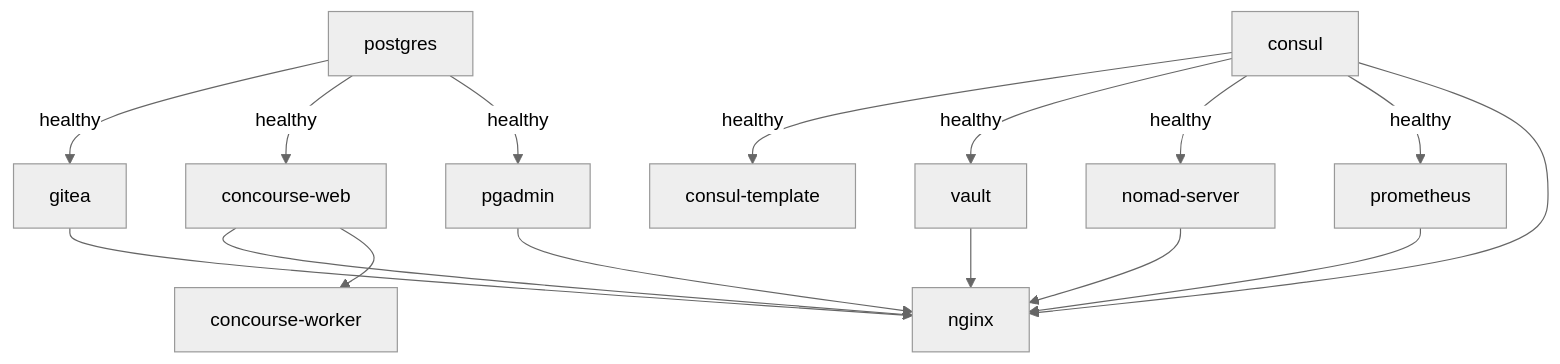
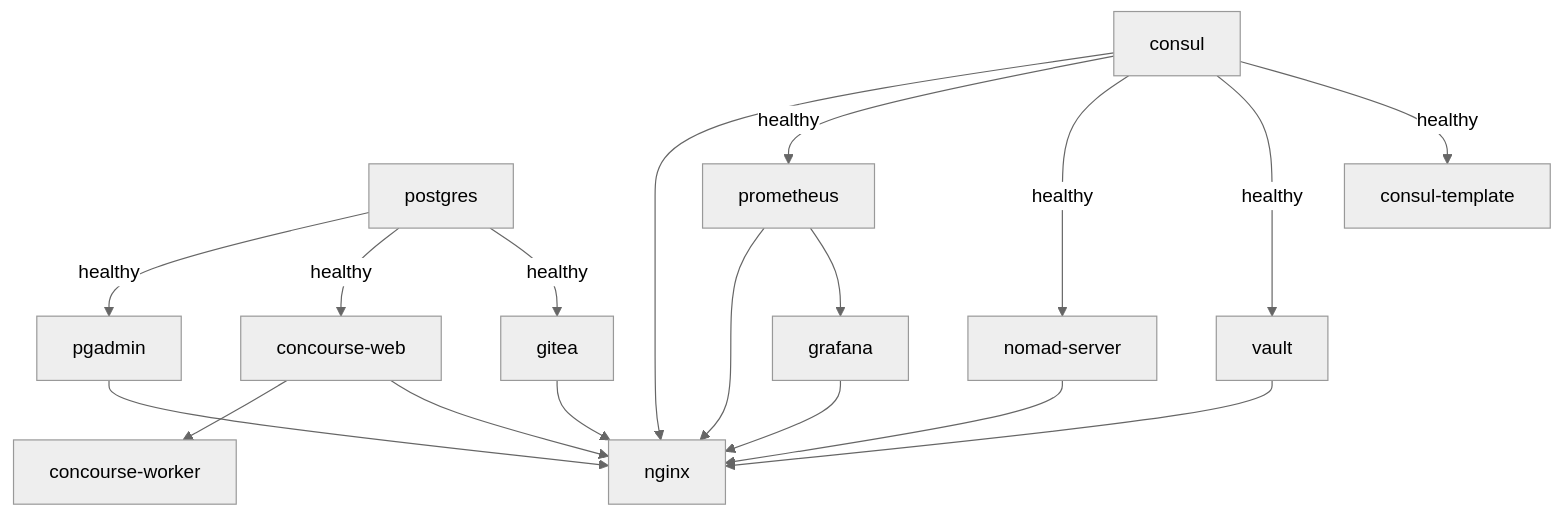
The third of 7 diagrams in docs/architecture.md (bryan-abrams/mini-cloud), drawn with Mermaid (neutral theme) before and after one commit. The commit also changed other lines of this file and 6 other files, not shown here.

````diff
--- a/docs/architecture.md
+++ b/docs/architecture.md
@@ -129,24 +135,27 @@
 ```mermaid
 flowchart TD
     postgres["postgres"]
     consul["consul"]
 
     postgres -->|healthy| gitea["gitea"]
     postgres -->|healthy| concourse_web["concourse-web"]
     postgres -->|healthy| pgadmin["pgadmin"]
 
     consul -->|healthy| consul_template["consul-template"]
     consul -->|healthy| vault["vault"]
     consul -->|healthy| nomad_server["nomad-server"]
     consul -->|healthy| prometheus["prometheus"]
 
+    prometheus --> grafana["grafana"]
+
     gitea --> nginx["nginx"]
     vault --> nginx
     concourse_web --> nginx
     pgadmin --> nginx
     consul --> nginx
     nomad_server --> nginx
     prometheus --> nginx
+    grafana --> nginx
 
     concourse_web --> concourse_worker["concourse-worker"]
 ```
````
